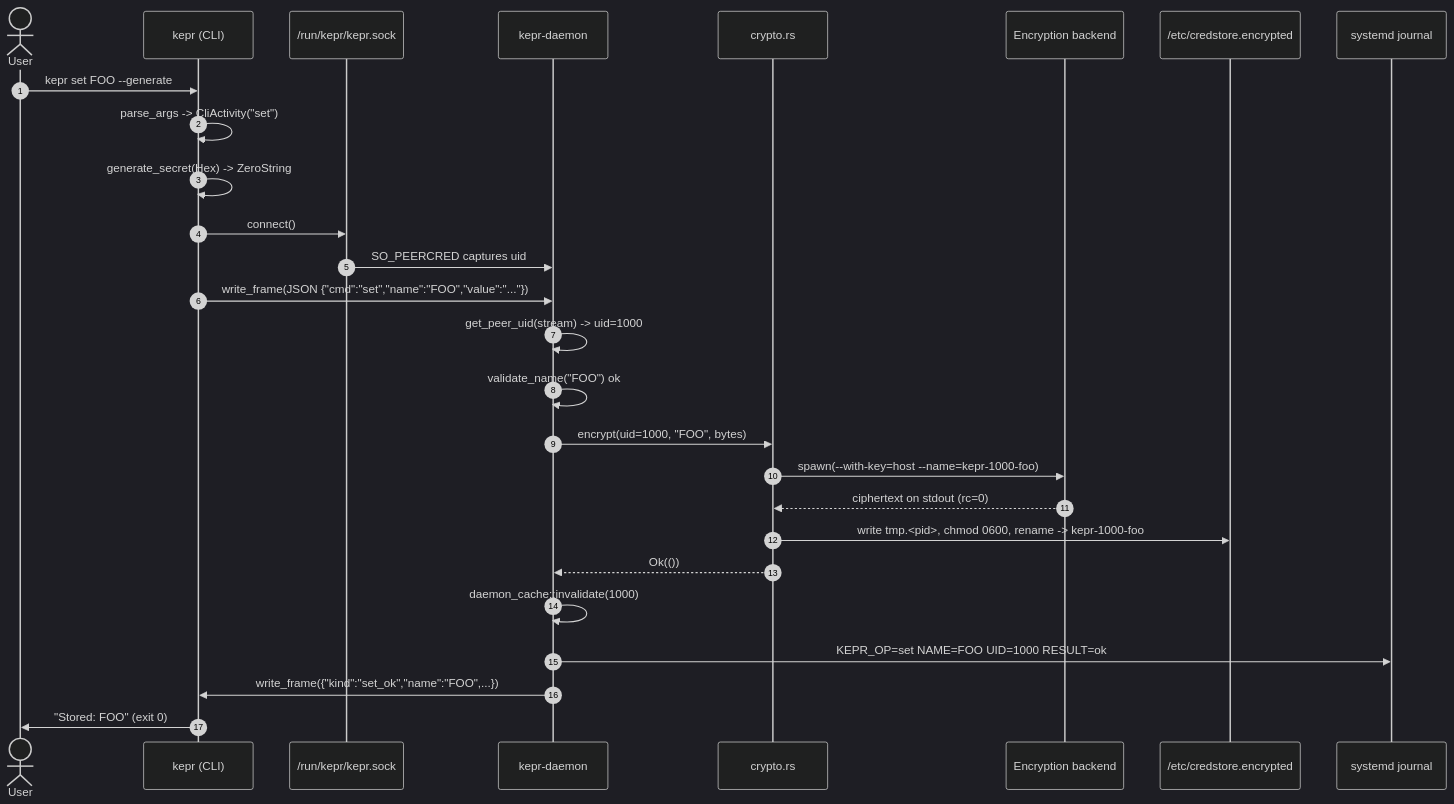
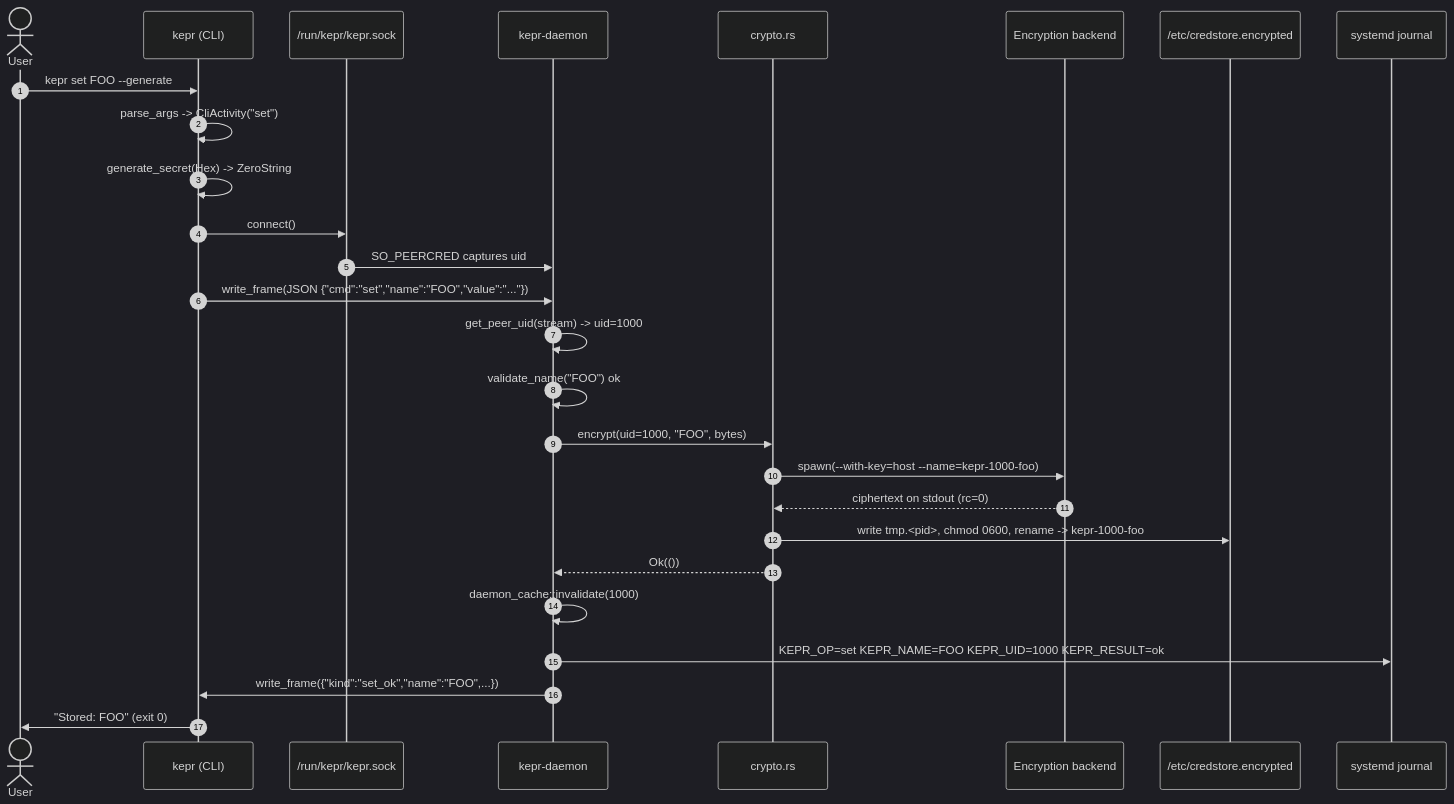
One commit to justdoGIT/kepr changed the first of 5 diagrams in docs/content/docs/architecture/sequence-diagrams.mdx. Above: the diagram before and after it, drawn with Mermaid (dark theme). The commit also changed 3 other files, not shown here.

First line of the commit message:
docs: fix KEPR_* field names in diagrams and issue template placeholder

````diff
--- a/docs/content/docs/architecture/sequence-diagrams.mdx
+++ b/docs/content/docs/architecture/sequence-diagrams.mdx
@@ -8,30 +8,30 @@
 ```mermaid
 sequenceDiagram
     autonumber
     actor U as User
     participant CLI as kepr (CLI)
     participant SOCK as /run/kepr/kepr.sock
     participant D as kepr-daemon
     participant CR as crypto.rs
     participant BE as Encryption backend
     participant FS as /etc/credstore.encrypted
     participant J as systemd journal
 
     U->>CLI: kepr set FOO --generate
     CLI->>CLI: parse_args -> CliActivity("set")
     CLI->>CLI: generate_secret(Hex) -> ZeroString
     CLI->>SOCK: connect()
     SOCK->>D: SO_PEERCRED captures uid
     CLI->>D: write_frame(JSON {"cmd":"set","name":"FOO","value":"..."})
     D->>D: get_peer_uid(stream) -> uid=1000
     D->>D: validate_name("FOO") ok
     D->>CR: encrypt(uid=1000, "FOO", bytes)
     CR->>BE: spawn(--with-key=host --name=kepr-1000-foo)
     BE-->>CR: ciphertext on stdout (rc=0)
     CR->>FS: write tmp.<pid>, chmod 0600, rename -> kepr-1000-foo
     CR-->>D: Ok(())
     D->>D: daemon_cache::invalidate(1000)
-    D->>J: KEPR_OP=set NAME=FOO UID=1000 RESULT=ok
+    D->>J: KEPR_OP=set KEPR_NAME=FOO KEPR_UID=1000 KEPR_RESULT=ok
     D->>CLI: write_frame({"kind":"set_ok","name":"FOO",...})
     CLI->>U: "Stored: FOO"  (exit 0)
 ```
````
